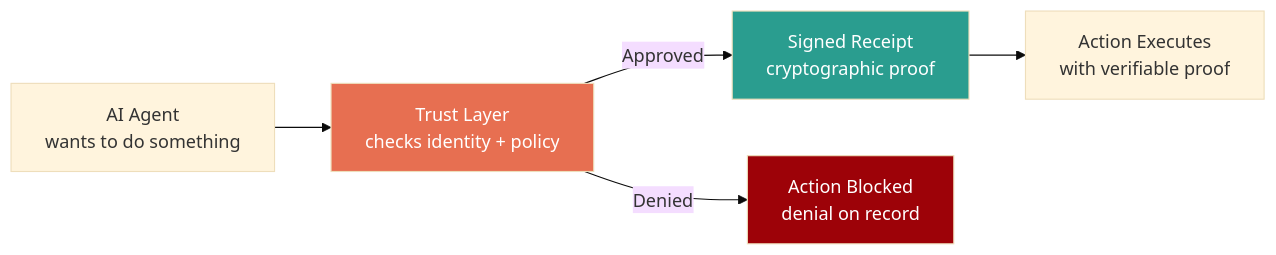
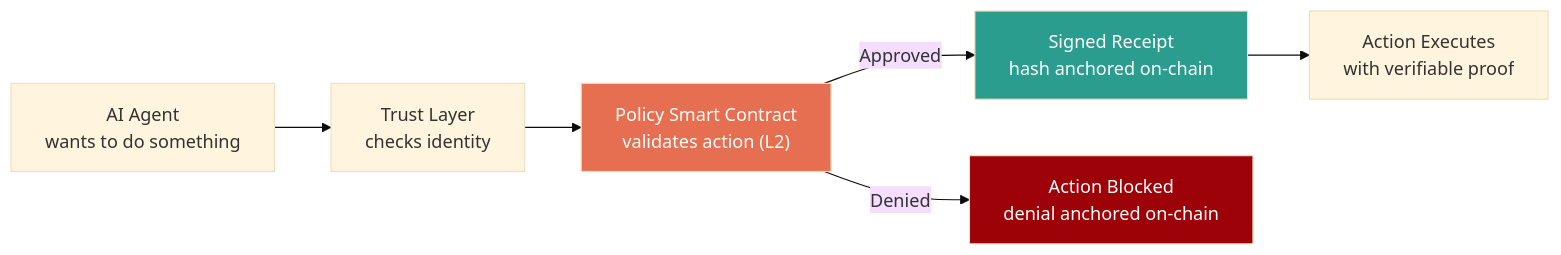
Before and after one commit to kjayashr/cryptographic-trust-layer: the first of 13 diagrams in cryptographic-trust-layer-thesis.md, drawn with Mermaid (base theme). The commit also changed other lines of this file, not shown here.

First line of the commit message:
Rewrite architecture to smart contract-based enforcement on Ethereum L2

````diff
--- a/cryptographic-trust-layer-thesis.md
+++ b/cryptographic-trust-layer-thesis.md
@@ -27,11 +27,12 @@
 ```mermaid
 graph LR
-    A["AI Agent<br/>wants to do something"] --> B["Trust Layer<br/>checks identity + policy"]
-    B -->|"Approved"| C["Signed Receipt<br/>cryptographic proof"]
-    C --> D["Action Executes<br/>with verifiable proof"]
-    B -->|"Denied"| E["Action Blocked<br/>denial on record"]
+    A["AI Agent<br/>wants to do something"] --> B["Trust Layer<br/>checks identity"]
+    B --> C["Policy Smart Contract<br/>validates action (L2)"]
+    C -->|"Approved"| D["Signed Receipt<br/>hash anchored on-chain"]
+    D --> E["Action Executes<br/>with verifiable proof"]
+    C -->|"Denied"| F["Action Blocked<br/>denial anchored on-chain"]
 
-    style B fill:#e76f51,color:#fff
-    style C fill:#2a9d8f,color:#fff
-    style E fill:#9d0208,color:#fff
+    style C fill:#e76f51,color:#fff
+    style D fill:#2a9d8f,color:#fff
+    style F fill:#9d0208,color:#fff
 ```
````
